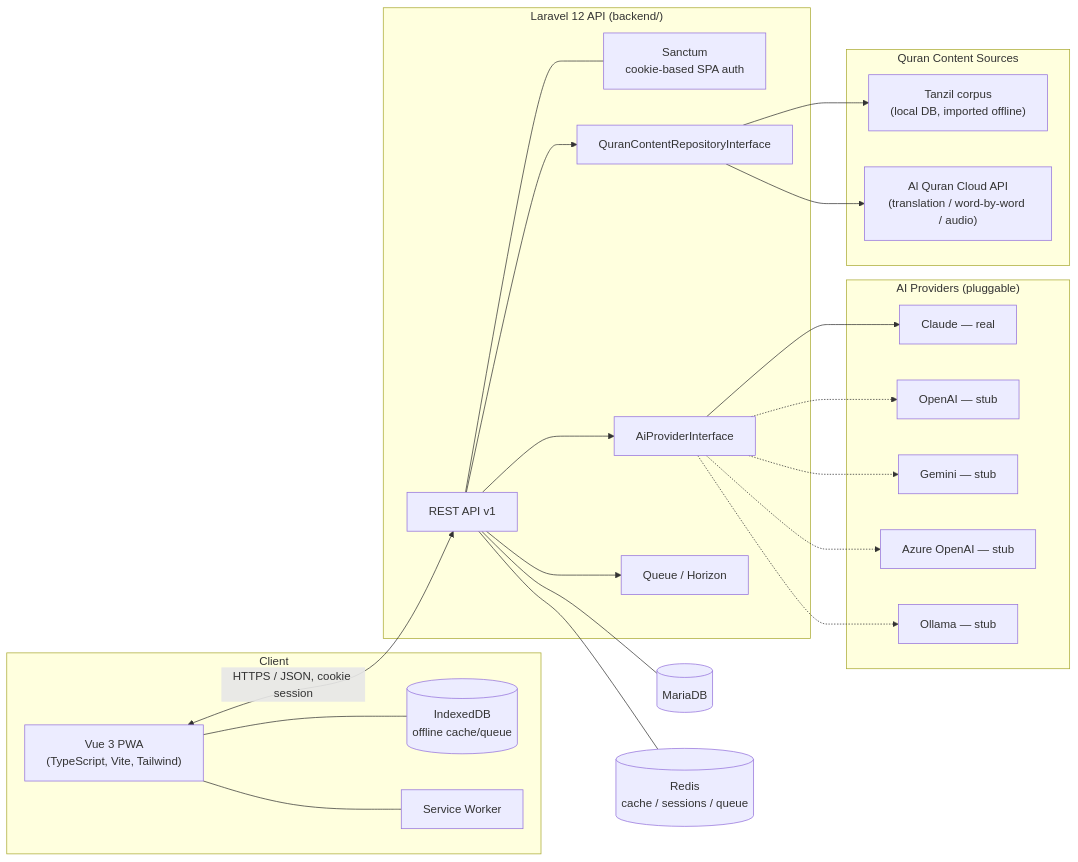
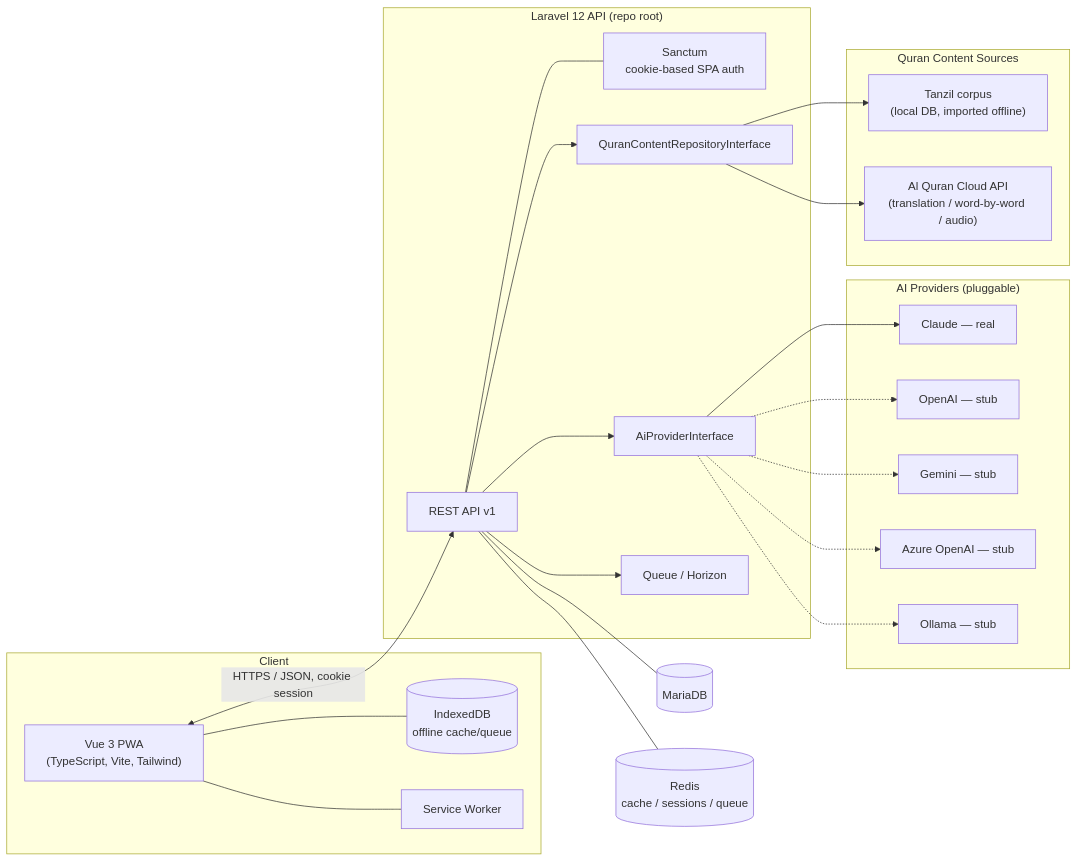
Before and after one commit to sabarm67/hafazan: the diagram in docs/02-system-architecture.md, drawn with Mermaid. The commit also changed other lines of this file and 149 other files, not shown here.

````diff
--- a/docs/02-system-architecture.md
+++ b/docs/02-system-architecture.md
@@ -5,47 +5,47 @@
 ```mermaid
 flowchart LR
     subgraph Client
         PWA["Vue 3 PWA\n(TypeScript, Vite, Tailwind)"]
         IDB[(IndexedDB\noffline cache/queue)]
         SW[Service Worker]
         PWA --- IDB
         PWA --- SW
     end
 
-    subgraph Backend["Laravel 12 API (backend/)"]
+    subgraph Backend["Laravel 12 API (repo root)"]
         API[REST API v1]
         Auth[Sanctum\ncookie-based SPA auth]
         AIIface["AiProviderInterface"]
         QuranIface["QuranContentRepositoryInterface"]
         Queue[Queue / Horizon]
         API --- Auth
         API --> AIIface
         API --> QuranIface
         API --> Queue
     end
 
     subgraph AIProviders["AI Providers (pluggable)"]
         Claude[Claude — real]
         OpenAI[OpenAI — stub]
         Gemini[Gemini — stub]
         Azure[Azure OpenAI — stub]
         Ollama[Ollama — stub]
     end
 
     subgraph QuranSources["Quran Content Sources"]
         Tanzil["Tanzil corpus\n(local DB, imported offline)"]
         AlQuranCloud["Al Quran Cloud API\n(translation / word-by-word / audio)"]
     end
 
     PWA <-- "HTTPS / JSON, cookie session" --> API
     AIIface --> Claude
     AIIface -.-> OpenAI
     AIIface -.-> Gemini
     AIIface -.-> Azure
     AIIface -.-> Ollama
     QuranIface --> Tanzil
     QuranIface --> AlQuranCloud
 
     API --- DB[(MariaDB)]
     API --- Redis[(Redis\ncache / sessions / queue)]
 ```
````
